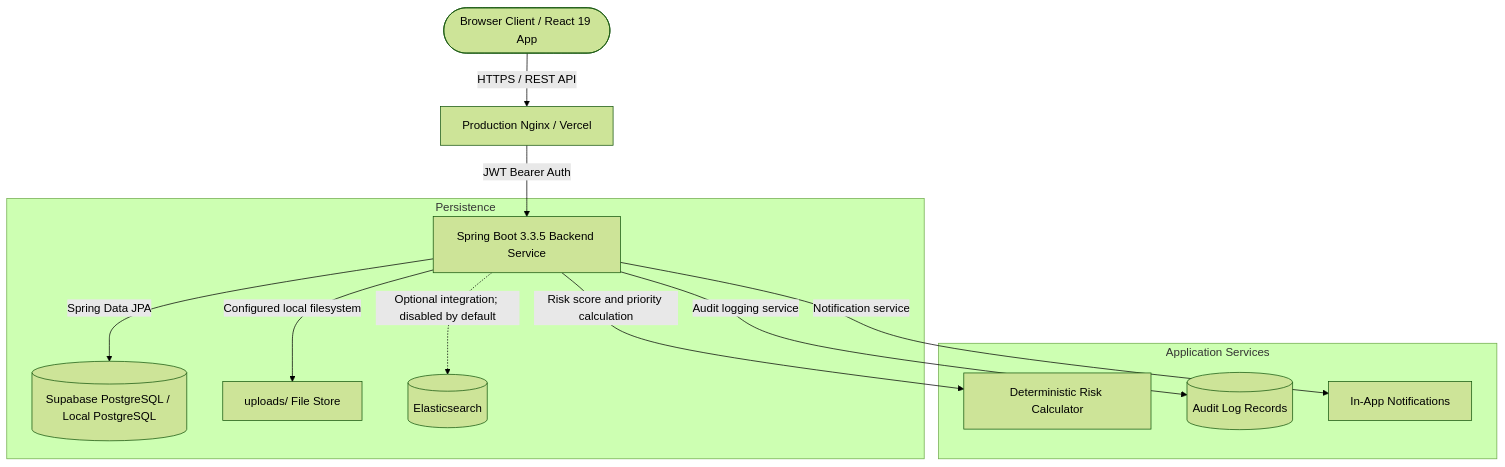
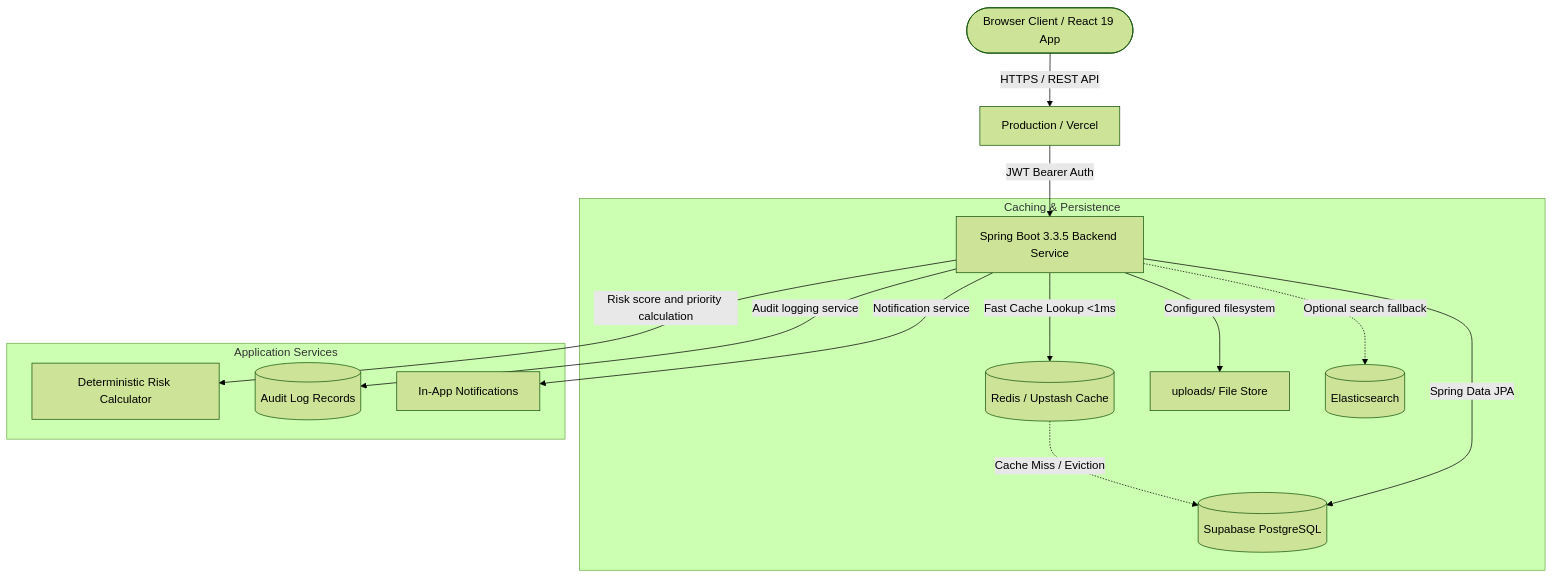
One commit to Pranav-0440/threat-incident-management changed the diagram in README.md. Above: the diagram before and after it, drawn with Mermaid (forest theme). The commit also changed other lines of this file and 2 other files, not shown here.

Commit message:
docs: add contributing and code of conduct files and update project README with Redis architecture documentation

````diff
--- a/README.md
+++ b/README.md
@@ -25,17 +27,19 @@
 ```mermaid
 graph TD
-    User([Browser Client / React 19 App]) -->|HTTPS / REST API| Nginx[Production Nginx / Vercel]
+    User([Browser Client / React 19 App]) -->|HTTPS / REST API| Nginx[Production / Vercel]
     Nginx -->|JWT Bearer Auth| SpringBoot[Spring Boot 3.3.5 Backend Service]
     
-    subgraph Persistence
-        SpringBoot -->|Spring Data JPA| Postgres[(Supabase PostgreSQL / Local PostgreSQL)]
-        SpringBoot -->|Configured local filesystem| UploadsDir[uploads/ File Store]
-        SpringBoot -.->|Optional integration; disabled by default| Elasticsearch[(Elasticsearch)]
+    subgraph Caching & Persistence
+        SpringBoot -->|Fast Cache Lookup <1ms| Redis[(Redis / Upstash Cache)]
+        Redis -.->|Cache Miss / Eviction| Postgres[(Supabase PostgreSQL)]
+        SpringBoot -->|Spring Data JPA| Postgres
+        SpringBoot -->|Configured filesystem| UploadsDir[uploads/ File Store]
+        SpringBoot -.->|Optional search fallback| Elasticsearch[(Elasticsearch)]
     end
 
     subgraph Application Services
         SpringBoot -->|Risk score and priority calculation| RiskEngine[Deterministic Risk Calculator]
         SpringBoot -->|Audit logging service| AuditLogs[(Audit Log Records)]
         SpringBoot -->|Notification service| Notifications[In-App Notifications]
     end
 ```
````
